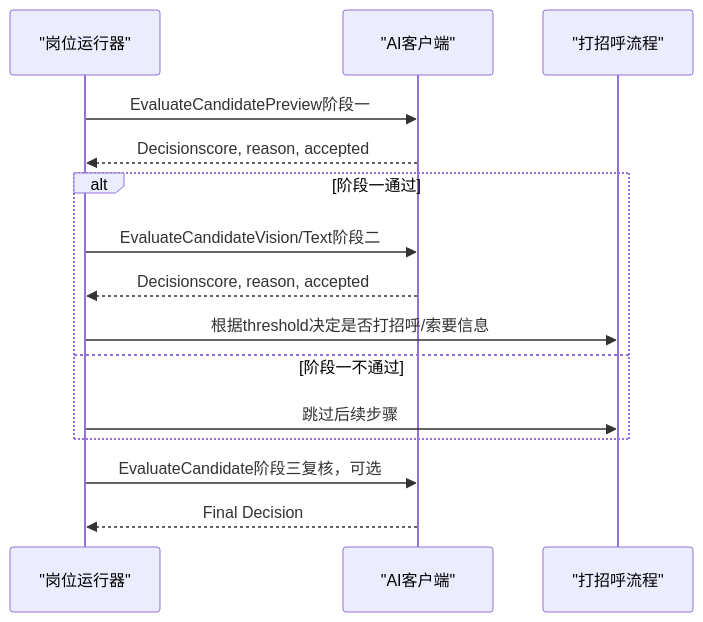
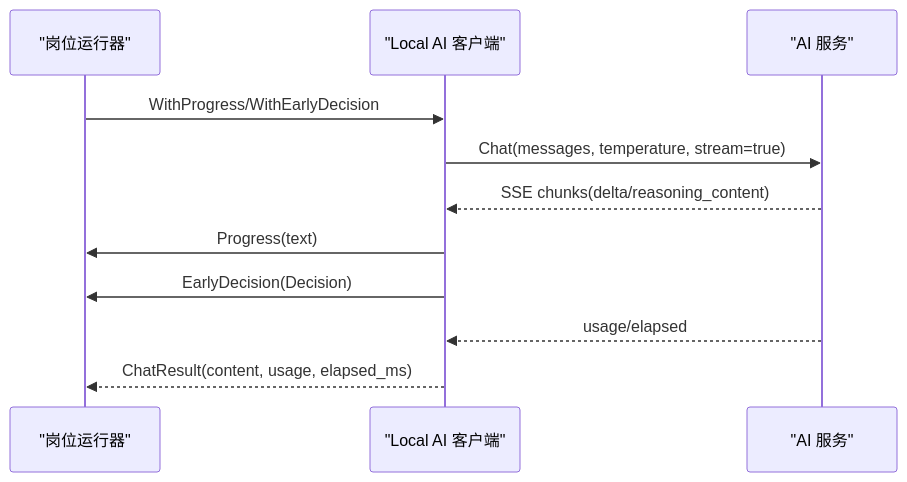
One commit to alvinwangzi/goodhr changed the seventh of 9 diagrams in .qoder/repowiki/zh/content/云端后端服务/候选人处理系统/AI匹配评分/AI匹配评分.md. Above: the diagram before and after it, drawn with Mermaid. The commit also changed other lines of this file and 149 other files, not shown here.

````diff
--- a/.qoder/repowiki/zh/content/云端后端服务/候选人处理系统/AI匹配评分/AI匹配评分.md
+++ b/.qoder/repowiki/zh/content/云端后端服务/候选人处理系统/AI匹配评分/AI匹配评分.md
@@ -275,17 +290,13 @@
 ```mermaid
 sequenceDiagram
 participant Runner as "岗位运行器"
-participant AI as "AI客户端"
-participant Flow as "打招呼流程"
-Runner->>AI : EvaluateCandidatePreview阶段一
-AI-->>Runner : Decisionscore, reason, accepted
-alt 阶段一通过
-Runner->>AI : EvaluateCandidateVision/Text阶段二
-AI-->>Runner : Decisionscore, reason, accepted
-Runner->>Flow : 根据threshold决定是否打招呼/索要信息
-else 阶段一不通过
-Runner->>Flow : 跳过后续步骤
-end
-Runner->>AI : EvaluateCandidate阶段三复核，可选
-AI-->>Runner : Final Decision
+participant Client as "Local AI 客户端"
+participant Service as "AI 服务"
+Runner->>Client : WithProgress/WithEarlyDecision
+Client->>Service : Chat(messages, temperature, stream=true)
+Service-->>Client : SSE chunks(delta/reasoning_content)
+Client->>Runner : Progress(text)
+Client->>Runner : EarlyDecision(Decision)
+Service-->>Client : usage/elapsed
+Client-->>Runner : ChatResult(content, usage, elapsed_ms)
 ```
````
